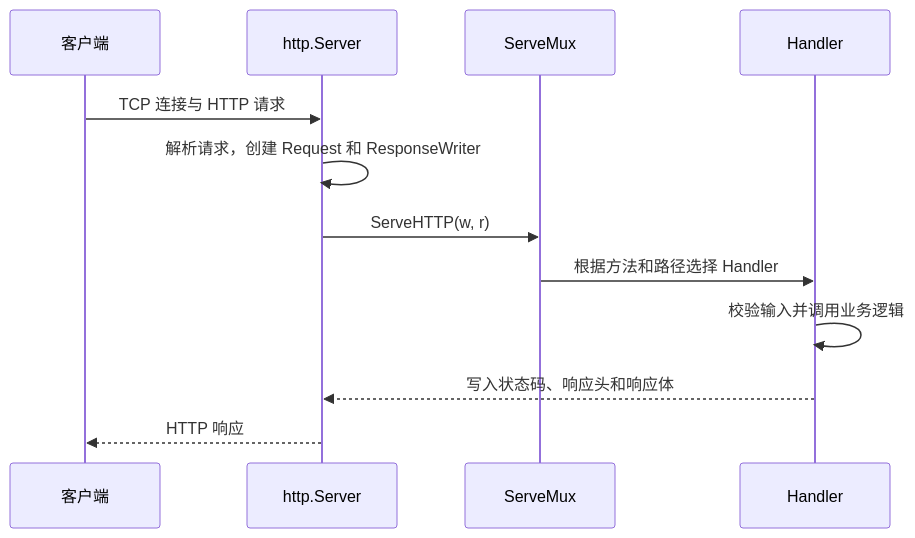
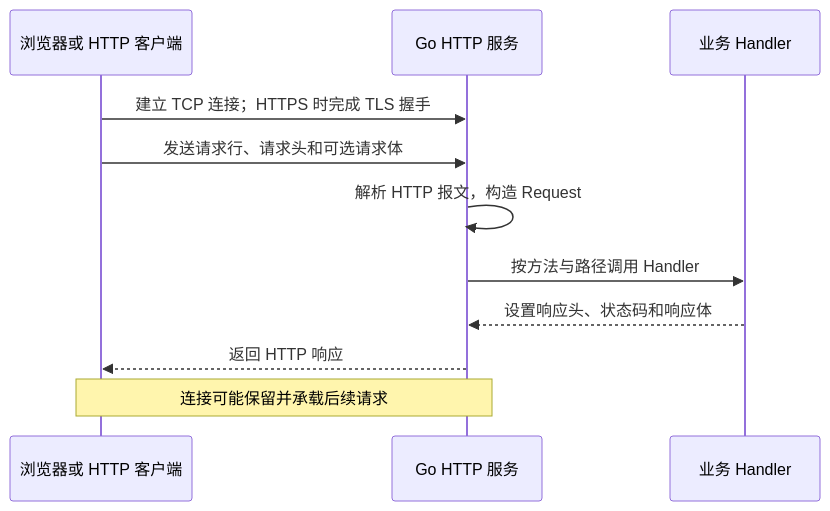
The first of 2 diagrams in src/backend/go/advanced/03-web-development/01-http-server.md (zzxrepository/gocode), drawn with Mermaid before and after one commit. The commit also changed other lines of this file, not shown here.

Commit message:
docs(go): expand http programming tutorial

````diff
--- a/src/backend/go/advanced/03-web-development/01-http-server.md
+++ b/src/backend/go/advanced/03-web-development/01-http-server.md
@@ -73,15 +34,14 @@
 ```mermaid
 sequenceDiagram
-    participant C as 客户端
-    participant S as http.Server
-    participant M as ServeMux
-    participant H as Handler
+    participant C as 浏览器或 HTTP 客户端
+    participant S as Go HTTP 服务
+    participant H as 业务 Handler
 
-    C->>S: TCP 连接与 HTTP 请求
-    S->>S: 解析请求，创建 Request 和 ResponseWriter
-    S->>M: ServeHTTP(w, r)
-    M->>H: 根据方法和路径选择 Handler
-    H->>H: 校验输入并调用业务逻辑
-    H-->>S: 写入状态码、响应头和响应体
-    S-->>C: HTTP 响应
+    C->>S: 建立 TCP 连接；HTTPS 时完成 TLS 握手
+    C->>S: 发送请求行、请求头和可选请求体
+    S->>S: 解析 HTTP 报文，构造 Request
+    S->>H: 按方法与路径调用 Handler
+    H-->>S: 设置响应头、状态码和响应体
+    S-->>C: 返回 HTTP 响应
+    Note over C,S: 连接可能保留并承载后续请求
 ```
````
